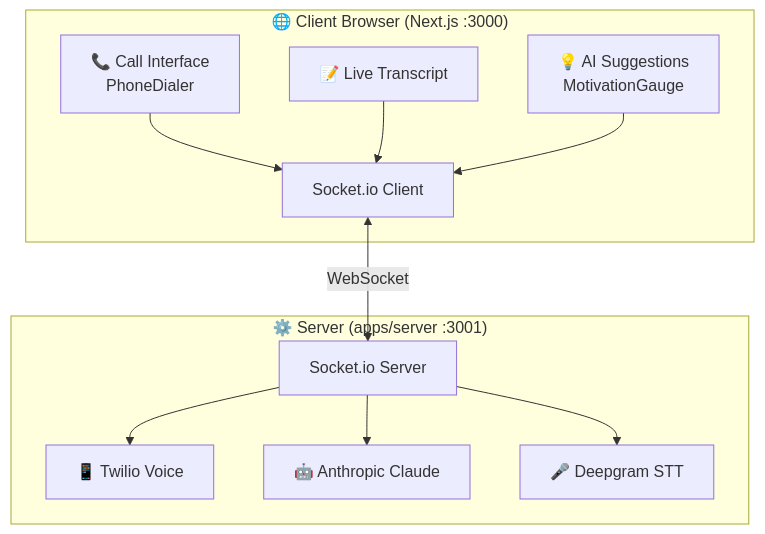
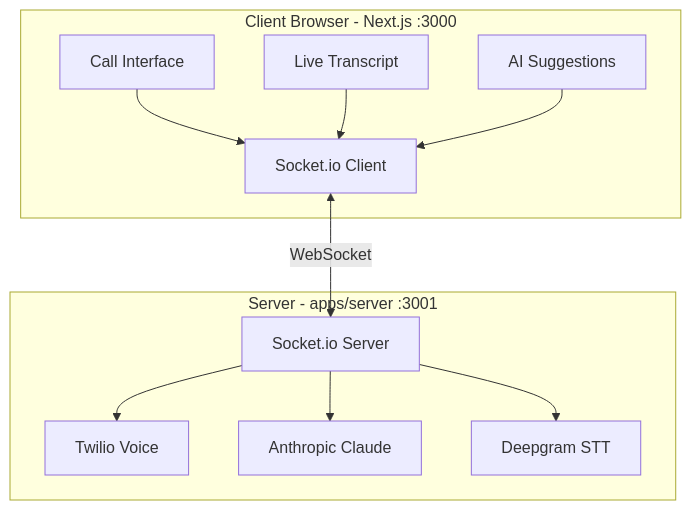
One commit to ProductOfAmerica/wholesale-ai changed the diagram in README.md. Above: the diagram before and after it, drawn with Mermaid.

````diff
--- a/README.md
+++ b/README.md
@@ -127,23 +127,26 @@
 ```mermaid
 flowchart TB
-    subgraph Client["🌐 Client Browser (Next.js :3000)"]
-        UI["📞 Call Interface<br/>PhoneDialer"]
-        Transcript["📝 Live Transcript"]
-        Suggestions["💡 AI Suggestions<br/>MotivationGauge"]
+    subgraph Client["Client Browser - Next.js :3000"]
+        UI["Call Interface"]
+        Transcript["Live Transcript"]
+        Suggestions["AI Suggestions"]
         SocketClient["Socket.io Client"]
         
         UI --> SocketClient
         Transcript --> SocketClient
         Suggestions --> SocketClient
     end
     
-    subgraph Server["⚙️ Server (apps/server :3001)"]
+    SocketClient <-->|WebSocket| SocketServer
+    
+    subgraph Server["Server - apps/server :3001"]
         SocketServer["Socket.io Server"]
+        Twilio["Twilio Voice"]
+        Claude["Anthropic Claude"]
+        Deepgram["Deepgram STT"]
         
-        SocketServer --> Twilio["📱 Twilio Voice"]
-        SocketServer --> Claude["🤖 Anthropic Claude"]
-        SocketServer --> Deepgram["🎤 Deepgram STT"]
+        SocketServer --> Twilio
+        SocketServer --> Claude
+        SocketServer --> Deepgram
     end
-    
-    SocketClient <-->|WebSocket| SocketServer
 ```
````
